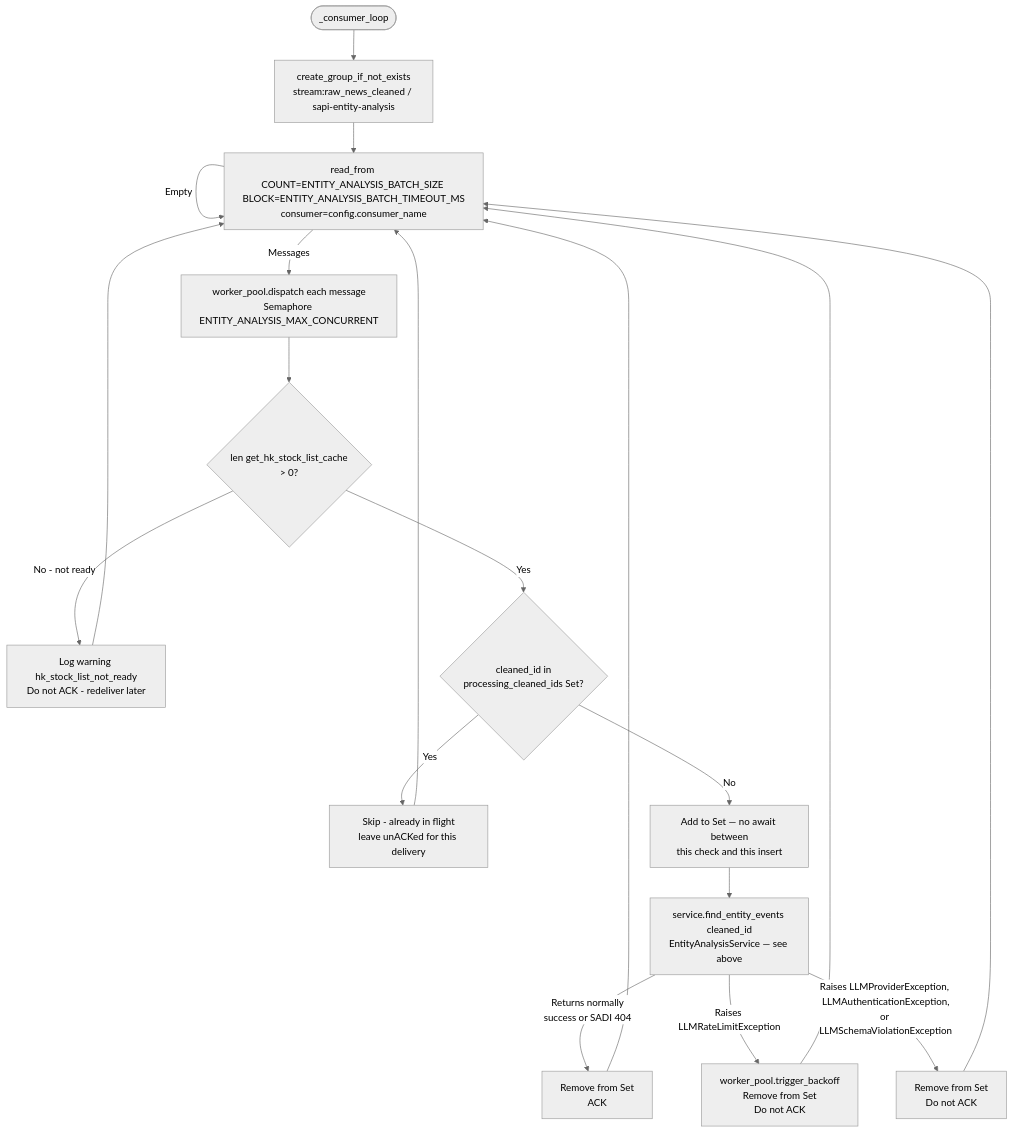
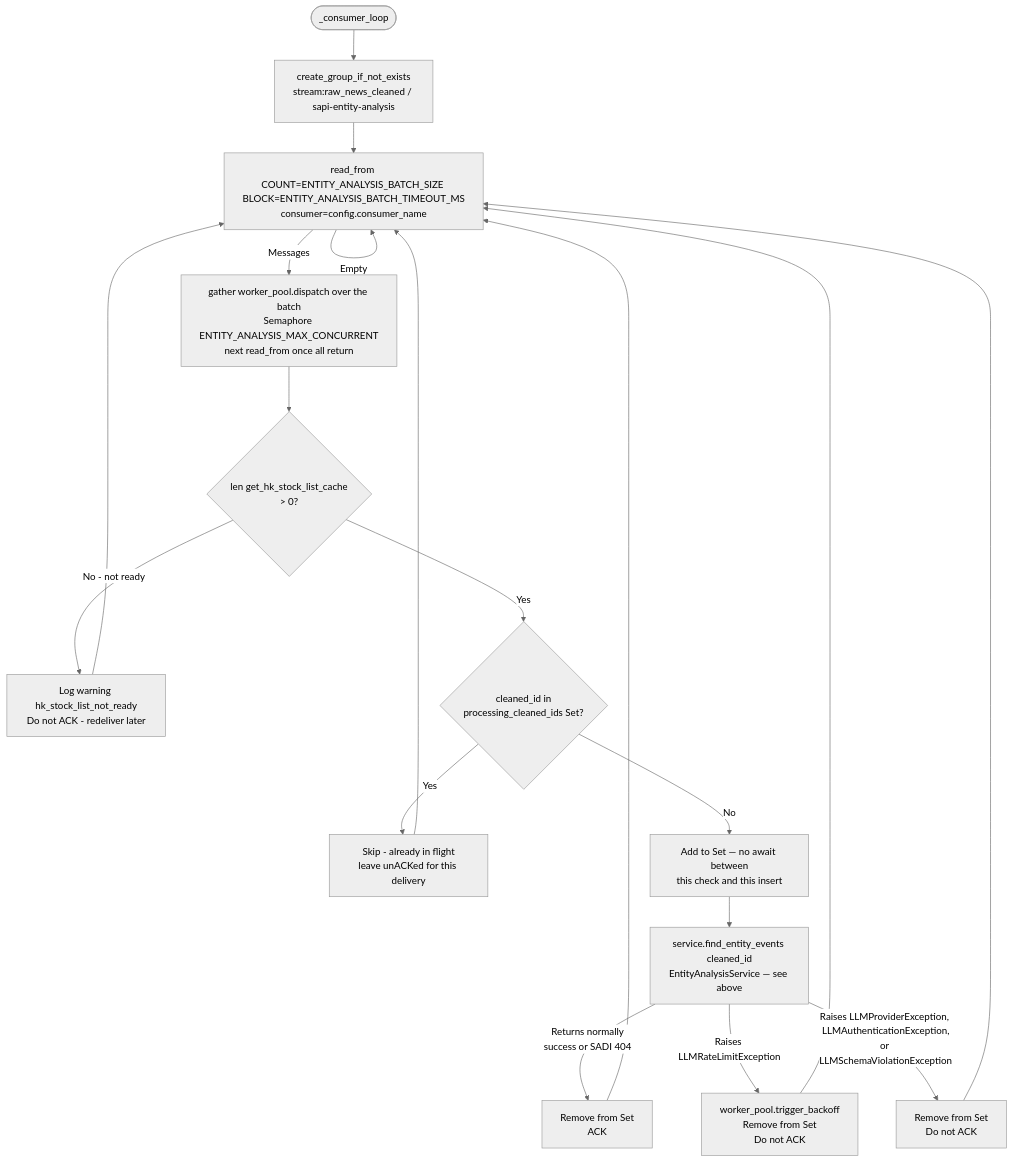
Before and after one commit to mars-xiaoyi/wealthfinder: the first of 4 diagrams in stock-assistant-pipeline-intelligence/docs/implementation.md, drawn with Mermaid (neutral theme). The commit also changed other lines of this file and 1 other file, not shown here.

````diff
--- a/stock-assistant-pipeline-intelligence/docs/implementation.md
+++ b/stock-assistant-pipeline-intelligence/docs/implementation.md
@@ -3279,17 +3405,17 @@
 ```mermaid
 flowchart TD
     A([_consumer_loop]) --> B[create_group_if_not_exists\nstream:raw_news_cleaned / sapi-entity-analysis]
     B --> C[read_from COUNT=ENTITY_ANALYSIS_BATCH_SIZE BLOCK=ENTITY_ANALYSIS_BATCH_TIMEOUT_MS\nconsumer=config.consumer_name]
     C -->|Empty| C
-    C -->|Messages| D[worker_pool.dispatch each message\nSemaphore ENTITY_ANALYSIS_MAX_CONCURRENT]
+    C -->|Messages| D[gather worker_pool.dispatch over the batch\nSemaphore ENTITY_ANALYSIS_MAX_CONCURRENT\nnext read_from once all return]
     D --> R{len get_hk_stock_list_cache\n> 0?}
     R -->|No - not ready| S[Log warning hk_stock_list_not_ready\nDo not ACK - redeliver later]
     R -->|Yes| E{cleaned_id in\nprocessing_cleaned_ids Set?}
     E -->|Yes| F[Skip - already in flight\nleave unACKed for this delivery]
     E -->|No| G[Add to Set — no await between\nthis check and this insert]
     G --> H[service.find_entity_events cleaned_id\nEntityAnalysisService — see above]
     H -->|Returns normally\nsuccess or SADI 404| Q[Remove from Set\nACK]
     H -->|Raises LLMRateLimitException| L[worker_pool.trigger_backoff\nRemove from Set\nDo not ACK]
     H -->|Raises LLMProviderException, LLMAuthenticationException,\nor LLMSchemaViolationException| M[Remove from Set\nDo not ACK]
     F & Q & L & M & S --> C
 ```
````
